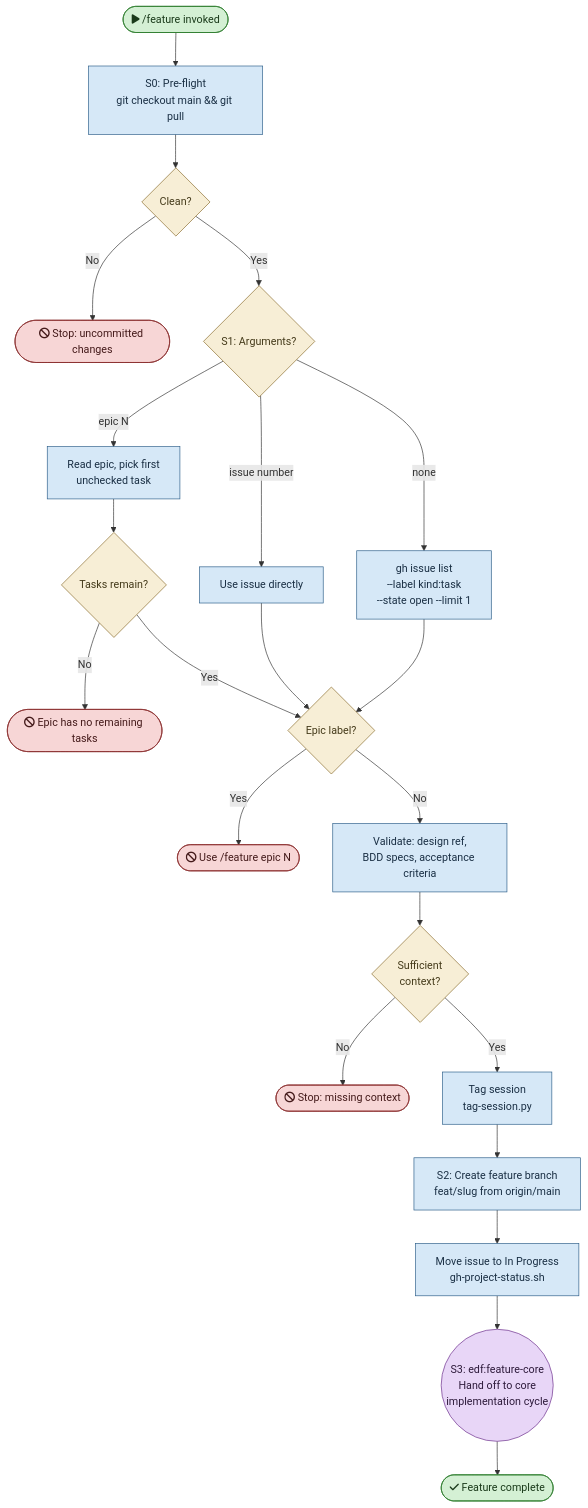
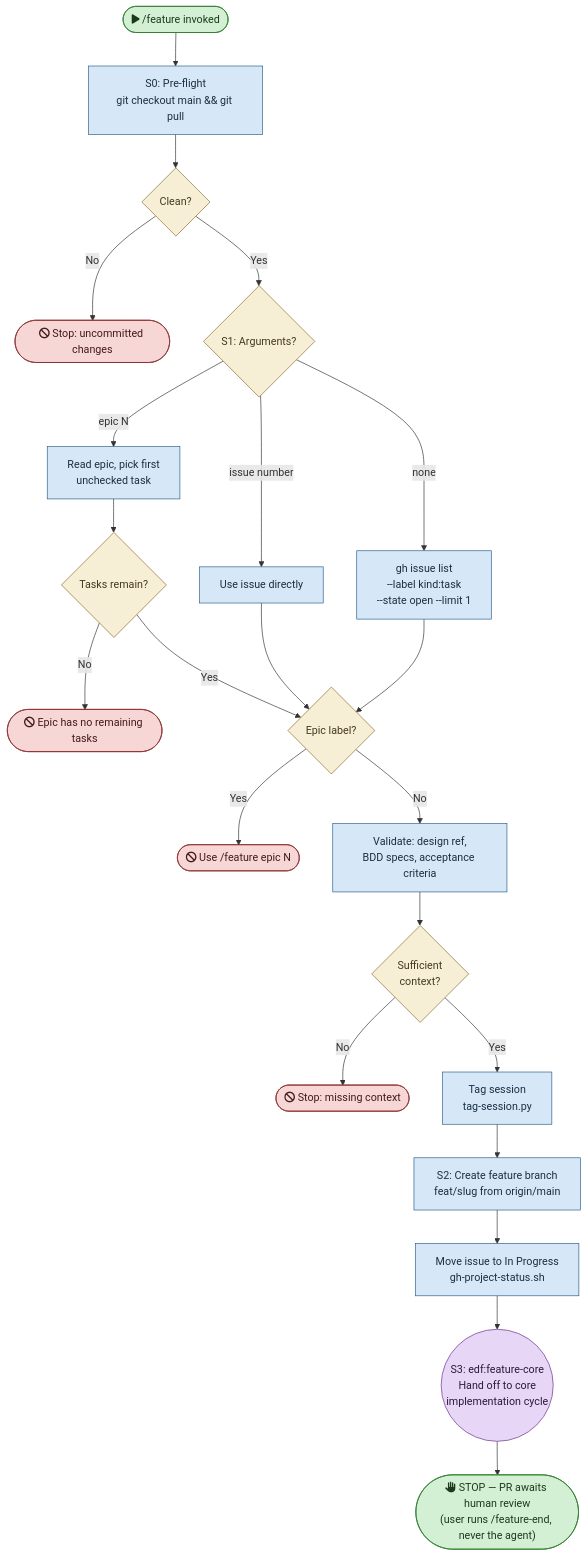
Before and after one commit to mironyx/engineering-delivery-framework: the diagram in plugins/edf/skills/feature/flowchart.md, drawn with Mermaid. The commit also changed 21 other files, not shown here.

````diff
--- a/plugins/edf/skills/feature/flowchart.md
+++ b/plugins/edf/skills/feature/flowchart.md
@@ -5,44 +5,44 @@
 ```mermaid
 flowchart TD
     START(["fa:fa-play /feature invoked"]) --> S0
 
     S0["S0: Pre-flight<br/>git checkout main && git pull"] --> S0_CHK{"Clean?"}
     S0_CHK -->|"No"| STOP_DIRTY(["fa:fa-ban Stop: uncommitted changes"])
     S0_CHK -->|"Yes"| S1
 
     S1{"S1: Arguments?"} -->|"epic N"| S1_EPIC["Read epic, pick first<br/>unchecked task"]
     S1 -->|"issue number"| S1_DIRECT["Use issue directly"]
     S1 -->|"none"| S1_TOP["gh issue list<br/>--label kind:task<br/>--state open --limit 1"]
 
     S1_EPIC --> S1_EMPTY{"Tasks remain?"}
     S1_EMPTY -->|"No"| STOP_EPIC_DONE(["fa:fa-ban Epic has no remaining tasks"])
     S1_EMPTY -->|"Yes"| S1_GUARD
     S1_DIRECT --> S1_GUARD
     S1_TOP --> S1_GUARD
 
     S1_GUARD{"Epic label?"} -->|"Yes"| STOP_EPIC(["fa:fa-ban Use /feature epic N"])
     S1_GUARD -->|"No"| S1_VALIDATE["Validate: design ref,<br/>BDD specs, acceptance criteria"]
     S1_VALIDATE --> S1_VALIDATE_CHK{"Sufficient<br/>context?"}
     S1_VALIDATE_CHK -->|"No"| STOP_CONTEXT(["fa:fa-ban Stop: missing context"])
     S1_VALIDATE_CHK -->|"Yes"| S1_TAG["Tag session<br/>tag-session.py"]
 
     S1_TAG --> S2["S2: Create feature branch<br/>feat/slug from origin/main"]
     S2 --> S2_BOARD["Move issue to In Progress<br/>gh-project-status.sh"]
 
     S2_BOARD --> S3(("S3: edf:feature-core<br/>Hand off to core<br/>implementation cycle"))
 
-    S3 --> DONE(["fa:fa-check Feature complete"])
+    S3 --> DONE(["fa:fa-hand-paper STOP — PR awaits human review<br/>(user runs /feature-end, never the agent)"])
 
     %% ── Styles ──
     classDef startend fill:#d4f0d4,stroke:#2d7d2d,color:#1a3a1a
     classDef process fill:#d6e8f7,stroke:#2d5f8a,color:#1a2f44
     classDef agent fill:#e8d6f7,stroke:#6b2d8a,color:#2d1a3a
     classDef decision fill:#f7eed6,stroke:#8a6d2d,color:#443a1a
     classDef stop fill:#f7d6d6,stroke:#8a2d2d,color:#441a1a
 
     class START,DONE startend
     class S0,S1_EPIC,S1_DIRECT,S1_TOP,S1_VALIDATE,S1_TAG,S2,S2_BOARD process
     class S3 agent
     class S0_CHK,S1,S1_EMPTY,S1_GUARD,S1_VALIDATE_CHK decision
     class STOP_DIRTY,STOP_EPIC_DONE,STOP_EPIC,STOP_CONTEXT stop
 ```
````
